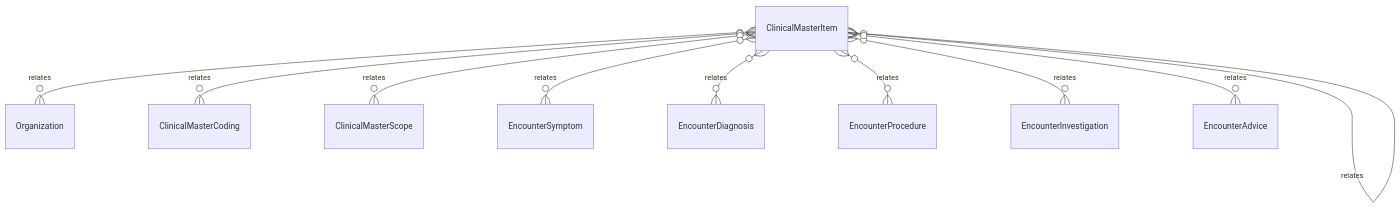
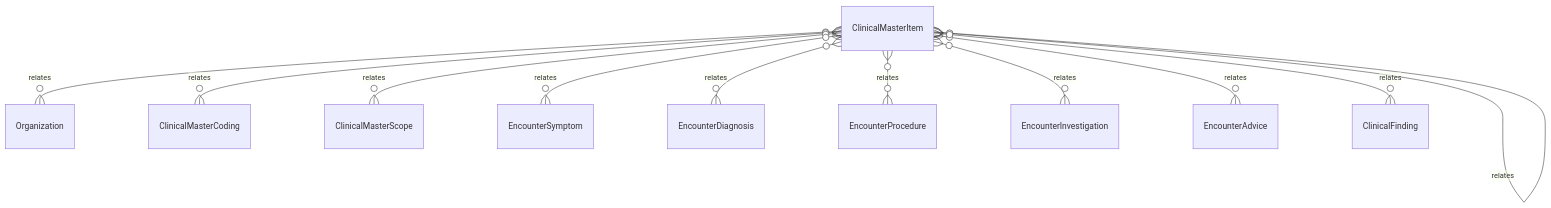
The diagram in .kb/Database/ClinicalMasterItem.md (tejasnirala/rcln), drawn with Mermaid before and after one commit. The commit also changed other lines of this file and 139 other files, not shown here.

First line of the commit message:
feat(clinical): ce-6 the visual mapping engine and the dental chart

````diff
--- a/.kb/Database/ClinicalMasterItem.md
+++ b/.kb/Database/ClinicalMasterItem.md
@@ -57,12 +58,13 @@
 ```mermaid
 erDiagram
     ClinicalMasterItem }o--o{ Organization : relates
     ClinicalMasterItem }o--o{ ClinicalMasterItem : relates
     ClinicalMasterItem }o--o{ ClinicalMasterCoding : relates
     ClinicalMasterItem }o--o{ ClinicalMasterScope : relates
     ClinicalMasterItem }o--o{ EncounterSymptom : relates
     ClinicalMasterItem }o--o{ EncounterDiagnosis : relates
     ClinicalMasterItem }o--o{ EncounterProcedure : relates
     ClinicalMasterItem }o--o{ EncounterInvestigation : relates
     ClinicalMasterItem }o--o{ EncounterAdvice : relates
+    ClinicalMasterItem }o--o{ ClinicalFinding : relates
 ```
````
